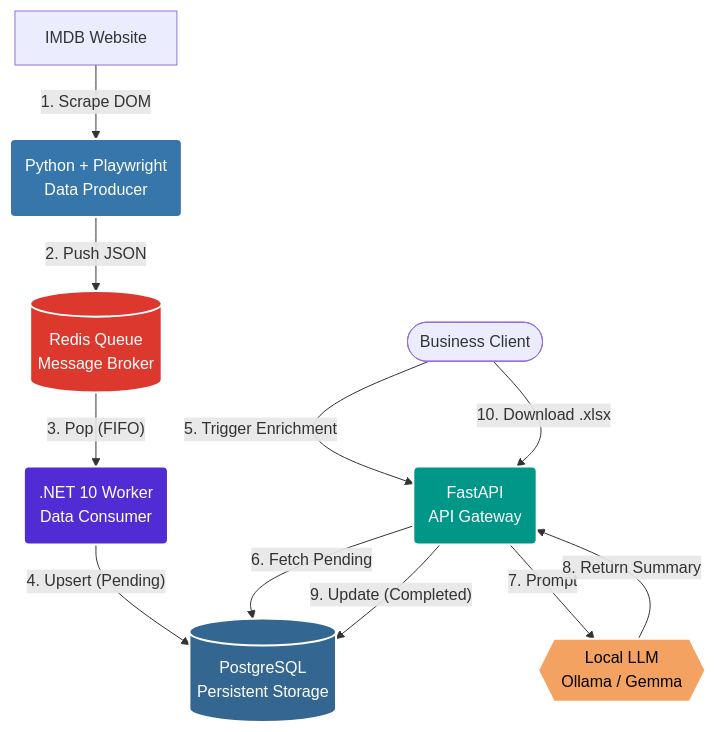
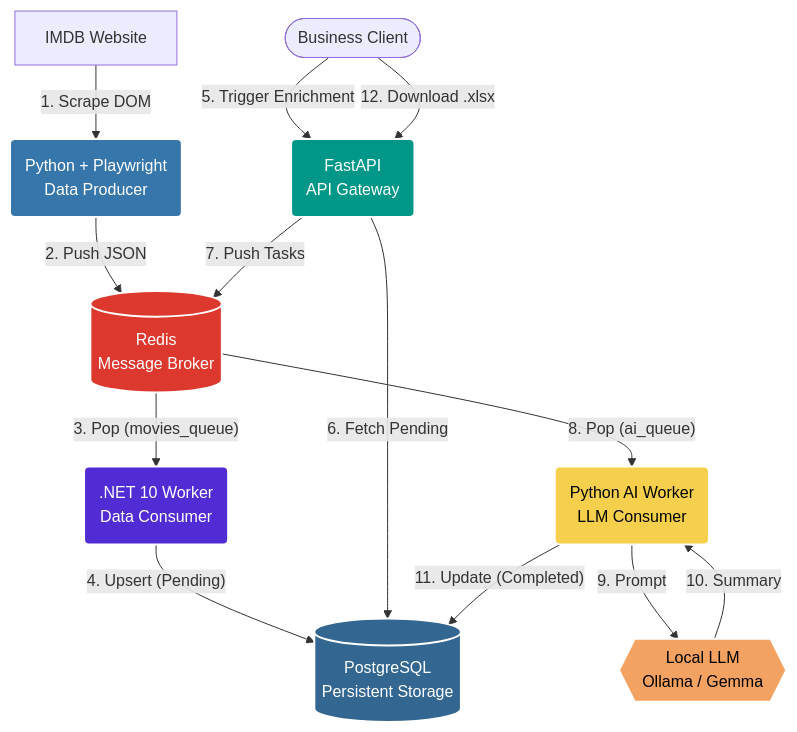
The diagram in README.md (Legon2k/imdb-ai-pipeline), drawn with Mermaid before and after one commit. The commit also changed other lines of this file and 8 other files, not shown here.

````diff
--- a/README.md
+++ b/README.md
@@ -9,34 +9,38 @@
 ```mermaid
 graph TD
     %% Define Nodes
     Client([Business Client])
     IMDB[IMDB Website]
     Scraper(Python + Playwright<br/>Data Producer)
-    Redis[(Redis Queue<br/>Message Broker)]
-    Worker(.NET 10 Worker<br/>Data Consumer)
+    Redis[(Redis<br/>Message Broker)]
+    WorkerNET(.NET 10 Worker<br/>Data Consumer)
     DB[(PostgreSQL<br/>Persistent Storage)]
     API(FastAPI<br/>API Gateway)
+    WorkerAI(Python AI Worker<br/>LLM Consumer)
     LLM{{Local LLM<br/>Ollama / Gemma}}
 
     %% Define Flow
     IMDB -- 1. Scrape DOM --> Scraper
     Scraper -- 2. Push JSON --> Redis
-    Redis -- 3. Pop (FIFO) --> Worker
-    Worker -- 4. Upsert (Pending) --> DB
+    Redis -- 3. Pop (movies_queue) --> WorkerNET
+    WorkerNET -- 4. Upsert (Pending) --> DB
     
     Client -- 5. Trigger Enrichment --> API
     API -- 6. Fetch Pending --> DB
-    API -- 7. Prompt --> LLM
-    LLM -- 8. Return Summary --> API
-    API -- 9. Update (Completed) --> DB
+    API -- 7. Push Tasks --> Redis
+    Redis -- 8. Pop (ai_queue) --> WorkerAI
+    WorkerAI -- 9. Prompt --> LLM
+    LLM -- 10. Summary --> WorkerAI
+    WorkerAI -- 11. Update (Completed) --> DB
     
-    Client -- 10. Download .xlsx --> API
+    Client -- 12. Download .xlsx --> API
 
     %% Styling
     style Scraper fill:#3776ab,stroke:#fff,stroke-width:2px,color:#fff
     style Redis fill:#dc382d,stroke:#fff,stroke-width:2px,color:#fff
-    style Worker fill:#512bd4,stroke:#fff,stroke-width:2px,color:#fff
+    style WorkerNET fill:#512bd4,stroke:#fff,stroke-width:2px,color:#fff
     style DB fill:#336791,stroke:#fff,stroke-width:2px,color:#fff
     style API fill:#009688,stroke:#fff,stroke-width:2px,color:#fff
+    style WorkerAI fill:#f6d04d,stroke:#fff,stroke-width:2px,color:#000
     style LLM fill:#f4a261,stroke:#fff,stroke-width:2px,color:#000
 ```
````
